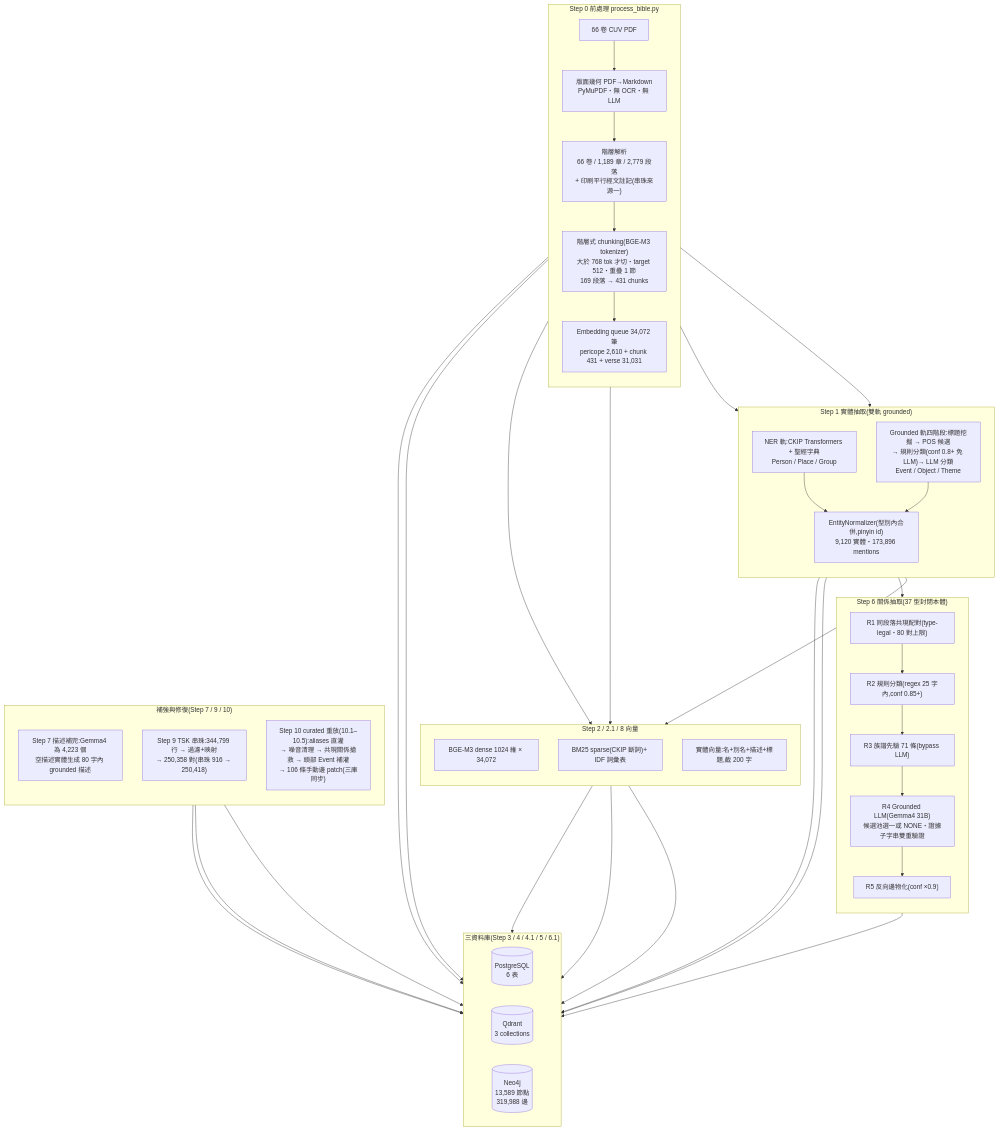
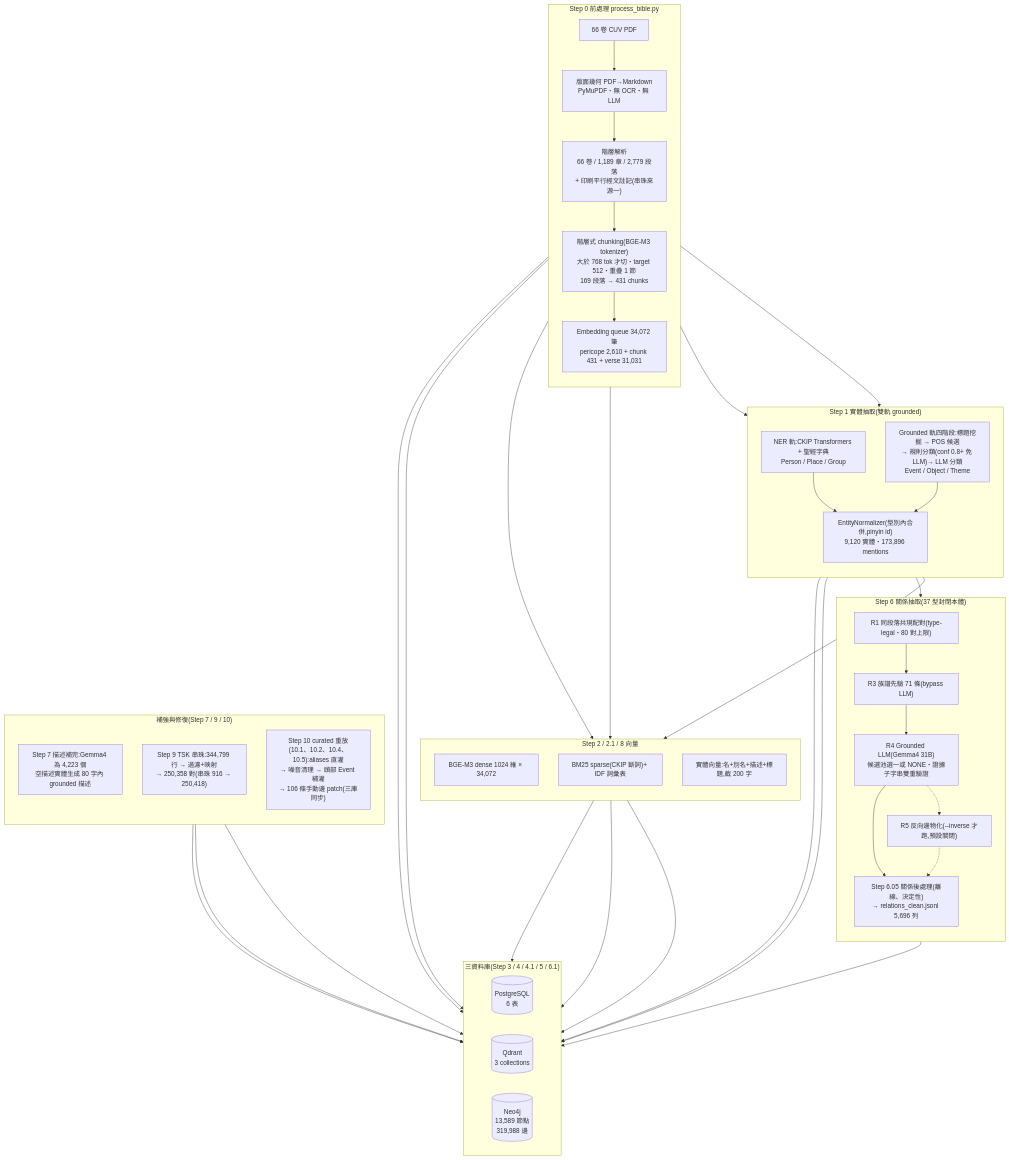
One commit to KenZx0521/Bible_RAG changed the second of 3 diagrams in docs/kg_construction_overview.md. Above: the diagram before and after it, drawn with Mermaid. The commit also changed other lines of this file and 7 other files, not shown here.

````diff
--- a/docs/kg_construction_overview.md
+++ b/docs/kg_construction_overview.md
@@ -62,68 +62,69 @@
 ```mermaid
 flowchart TB
   subgraph PRE["Step 0 前處理 process_bible.py"]
     direction TB
     pdf["66 卷 CUV PDF"] --> md["版面幾何 PDF→Markdown<br/>PyMuPDF・無 OCR・無 LLM"]
     md --> parse["階層解析<br/>66 卷 / 1,189 章 / 2,779 段落<br/>+ 印刷平行經文註記(串珠來源一)"]
     parse --> chunkn["階層式 chunking(BGE-M3 tokenizer)<br/>大於 768 tok 才切・target 512・重疊 1 節<br/>169 段落 → 431 chunks"]
     chunkn --> queue["Embedding queue 34,072 筆<br/>pericope 2,610 + chunk 431 + verse 31,031"]
   end
 
   subgraph S1["Step 1 實體抽取(雙軌 grounded)"]
     direction TB
     ner["NER 軌:CKIP Transformers + 聖經字典<br/>Person / Place / Group"]
     gtrack["Grounded 軌四階段:標題挖掘 → POS 候選<br/>→ 規則分類(conf 0.8+ 免 LLM)→ LLM 分類<br/>Event / Object / Theme"]
     norm["EntityNormalizer(型別內合併,pinyin id)<br/>9,120 實體・173,896 mentions"]
     ner --> norm
     gtrack --> norm
   end
 
   subgraph S2["Step 2 / 2.1 / 8 向量"]
     direction TB
     dense["BGE-M3 dense 1024 維 × 34,072"]
     sparse["BM25 sparse(CKIP 斷詞)+ IDF 詞彙表"]
     entvec["實體向量:名+別名+描述+標題,截 200 字"]
   end
 
   subgraph S6["Step 6 關係抽取(37 型封閉本體)"]
     direction TB
     r1["R1 同段落共現配對(type-legal・80 對上限)"]
-    r2["R2 規則分類(regex 25 字內,conf 0.85+)"]
     r3["R3 族譜先驗 71 條(bypass LLM)"]
     r4["R4 Grounded LLM(Gemma4 31B)<br/>候選池選一或 NONE・證據子字串雙重驗證"]
-    r5["R5 反向邊物化(conf ×0.9)"]
-    r1 --> r2 --> r3 --> r4 --> r5
+    r5["R5 反向邊物化(--inverse 才跑,預設關閉)"]
+    pp["Step 6.05 關係後處理(離線、決定性)<br/>→ relations_clean.jsonl 5,696 列"]
+    r1 --> r3 --> r4 --> pp
+    r4 -.-> r5 -.-> pp
   end
 
   subgraph DB["三資料庫(Step 3 / 4 / 4.1 / 5 / 6.1)"]
     direction LR
     pg[("PostgreSQL<br/>6 表")]
     qd[("Qdrant<br/>3 collections")]
     neo[("Neo4j<br/>13,589 節點<br/>319,988 邊")]
   end
 
   subgraph POST["補強與修復(Step 7 / 9 / 10)"]
     direction TB
     desc["Step 7 描述補完:Gemma4 為 4,223 個<br/>空描述實體生成 80 字內 grounded 描述"]
     tsk["Step 9 TSK 串珠:344,799 行 → 過濾+映射<br/>→ 250,358 對(串珠 916 → 250,418)"]
-    curated["Step 10 curated 重放(10.1–10.5):aliases 直灌<br/>→ 噪音清理 → 共現關係搶救 → 頭部 Event 補灌<br/>→ 106 條手動邊 patch(三庫同步)"]
+    curated["Step 10 curated 重放(10.1、10.2、10.4、10.5):aliases 直灌<br/>→ 噪音清理 → 頭部 Event 補灌<br/>→ 106 條手動邊 patch(三庫同步)"]
   end
 
   queue --> ner
   parse --> gtrack
   queue --> dense
   queue --> sparse
   norm --> r1
   norm --> entvec
   dense --> qd
   sparse --> qd
   entvec --> qd
   norm --> pg
   parse --> pg
   parse --> neo
   norm --> neo
-  r5 --> neo
+  pp --> neo
   desc --> neo
   tsk --> neo
   curated --> DB
 ```
````
